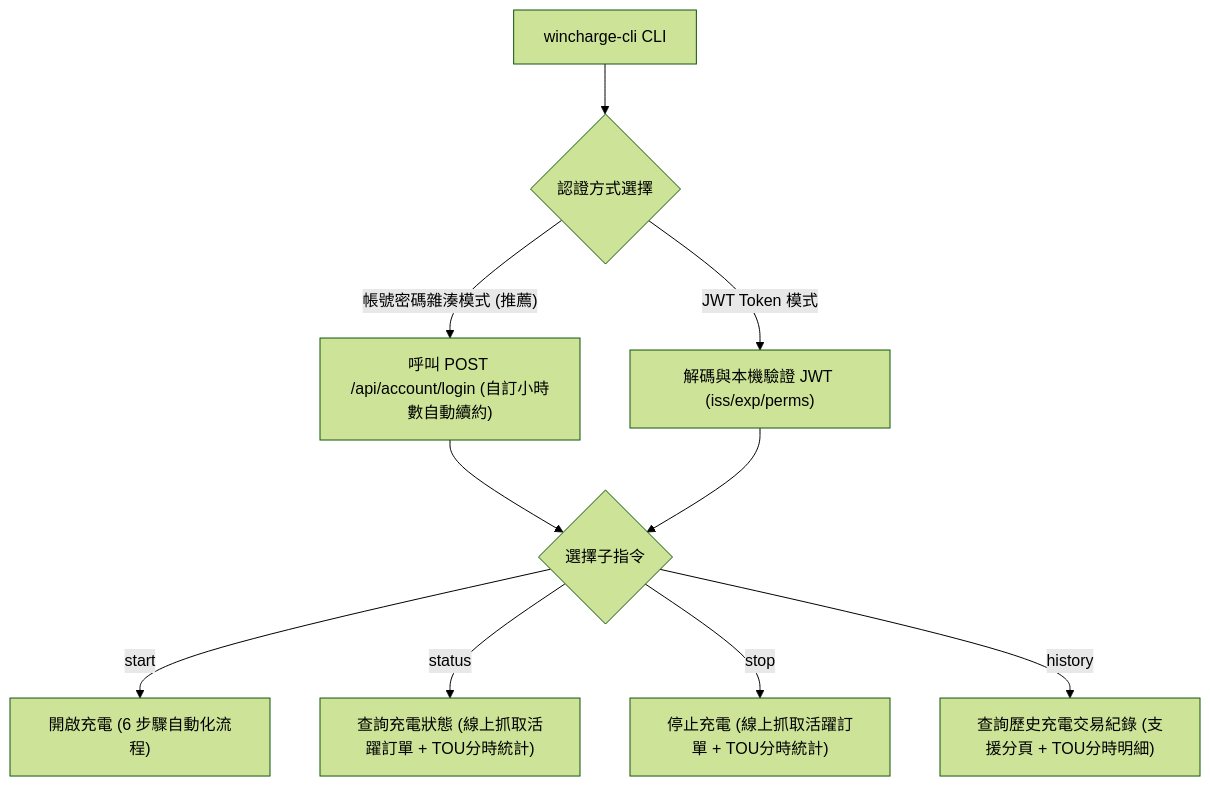
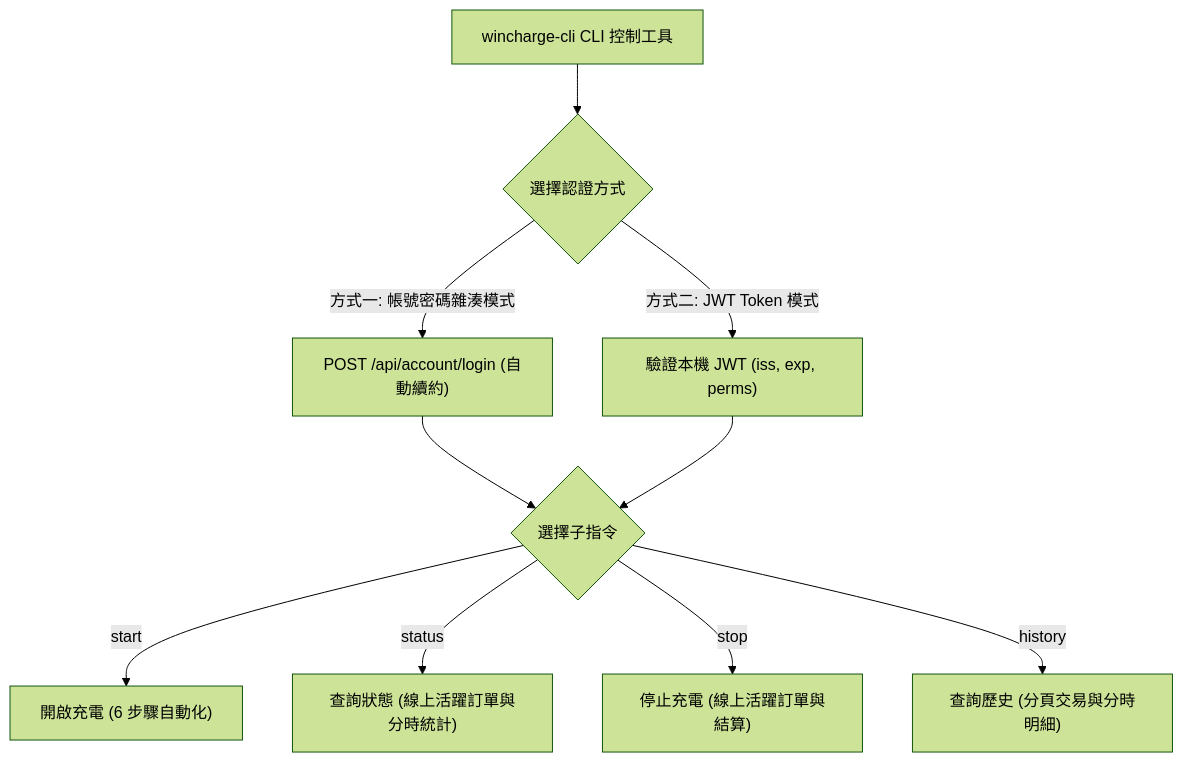
Before and after one commit to shuangrain/wincharge-cli: the first of 2 diagrams in README.md, drawn with Mermaid (forest theme). The commit also changed other lines of this file, not shown here.

Commit message:
docs: Fix Mermaid diagram syntax in README.md for GitHub rich display rendering

````diff
--- a/README.md
+++ b/README.md
@@ -79,15 +79,15 @@
 ```mermaid
-graph TD
-    CLI["wincharge-cli CLI"] --> AuthCheck{"認證方式選擇"}
-    
-    AuthCheck -->|"帳號密碼雜湊模式 (推薦)"| AutoLogin["呼叫 POST /api/account/login (自訂小時數自動續約)"]
-    AuthCheck -->|"JWT Token 模式"| JWTValidate["解碼與本機驗證 JWT (iss/exp/perms)"]
-    
+flowchart TD
+    CLI["wincharge-cli CLI 控制工具"] --> AuthCheck{"選擇認證方式"}
+
+    AuthCheck -->|"方式一: 帳號密碼雜湊模式"| AutoLogin["POST /api/account/login (自動續約)"]
+    AuthCheck -->|"方式二: JWT Token 模式"| JWTValidate["驗證本機 JWT (iss, exp, perms)"]
+
     AutoLogin --> Subcommands{"選擇子指令"}
     JWTValidate --> Subcommands
-    
-    Subcommands -->|"start"| StartFlow["開啟充電 (6 步驟自動化流程)"]
-    Subcommands -->|"status"| StatusFlow["查詢充電狀態 (線上抓取活躍訂單 + TOU分時統計)"]
-    Subcommands -->|"stop"| StopFlow["停止充電 (線上抓取活躍訂單 + TOU分時統計)"]
-    Subcommands -->|"history"| HistoryFlow["查詢歷史充電交易紀錄 (支援分頁 + TOU分時明細)"]
+
+    Subcommands -->|"start"| StartFlow["開啟充電 (6 步驟自動化)"]
+    Subcommands -->|"status"| StatusFlow["查詢狀態 (線上活躍訂單與分時統計)"]
+    Subcommands -->|"stop"| StopFlow["停止充電 (線上活躍訂單與結算)"]
+    Subcommands -->|"history"| HistoryFlow["查詢歷史 (分頁交易與分時明細)"]
 ```
````
